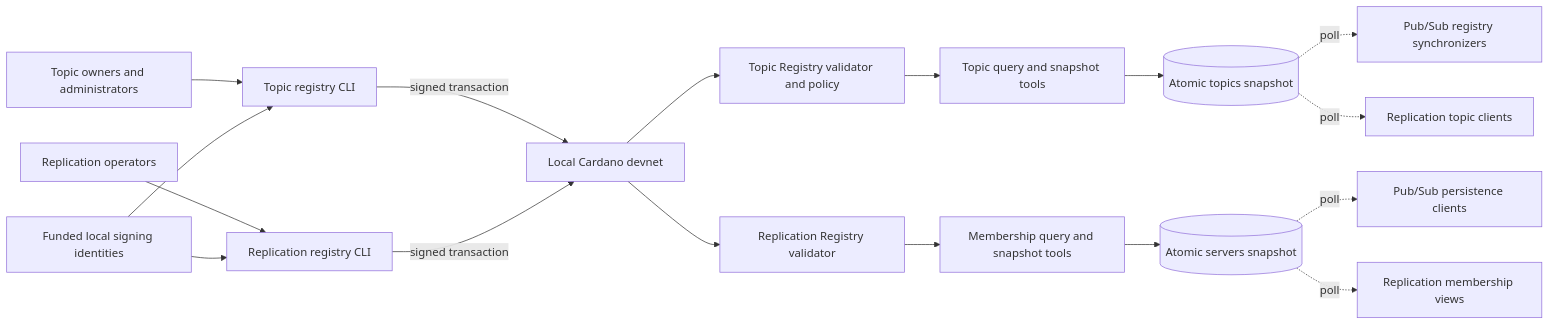
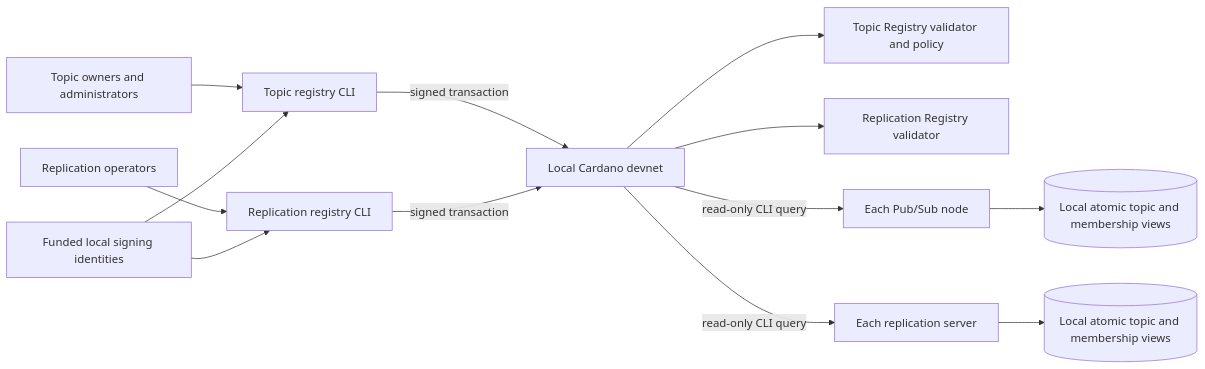
The first of 2 diagrams in docs/architecture/04-cardano-registries.md (AAlexandros/PubSubPrototype), drawn with Mermaid before and after one commit. The commit also changed other lines of this file and 96 other files, not shown here.

````diff
--- a/docs/architecture/04-cardano-registries.md
+++ b/docs/architecture/04-cardano-registries.md
@@ -7,19 +7,15 @@
 ```mermaid
 flowchart LR
   Owners[Topic owners and administrators] --> TopicCLI[Topic registry CLI]
   Operators[Replication operators] --> ReplCLI[Replication registry CLI]
   Identities[Funded local signing identities] --> TopicCLI
   Identities --> ReplCLI
   TopicCLI -->|signed transaction| Devnet[Local Cardano devnet]
   ReplCLI -->|signed transaction| Devnet
   Devnet --> TopicContract[Topic Registry validator and policy]
   Devnet --> ReplContract[Replication Registry validator]
-  TopicContract --> TopicQuery[Topic query and snapshot tools]
-  ReplContract --> ReplQuery[Membership query and snapshot tools]
-  TopicQuery --> TopicCache[(Atomic topics snapshot)]
-  ReplQuery --> ReplCache[(Atomic servers snapshot)]
-  TopicCache -. poll .-> NodeSync[Pub/Sub registry synchronizers]
-  TopicCache -. poll .-> ServerSync[Replication topic clients]
-  ReplCache -. poll .-> NodeMembership[Pub/Sub persistence clients]
-  ReplCache -. poll .-> ServerMembership[Replication membership views]
+  Devnet -->|read-only CLI query| NodeSync[Each Pub/Sub node]
+  Devnet -->|read-only CLI query| ServerSync[Each replication server]
+  NodeSync --> NodeViews[(Local atomic topic and membership views)]
+  ServerSync --> ServerViews[(Local atomic topic and membership views)]
 ```
````
